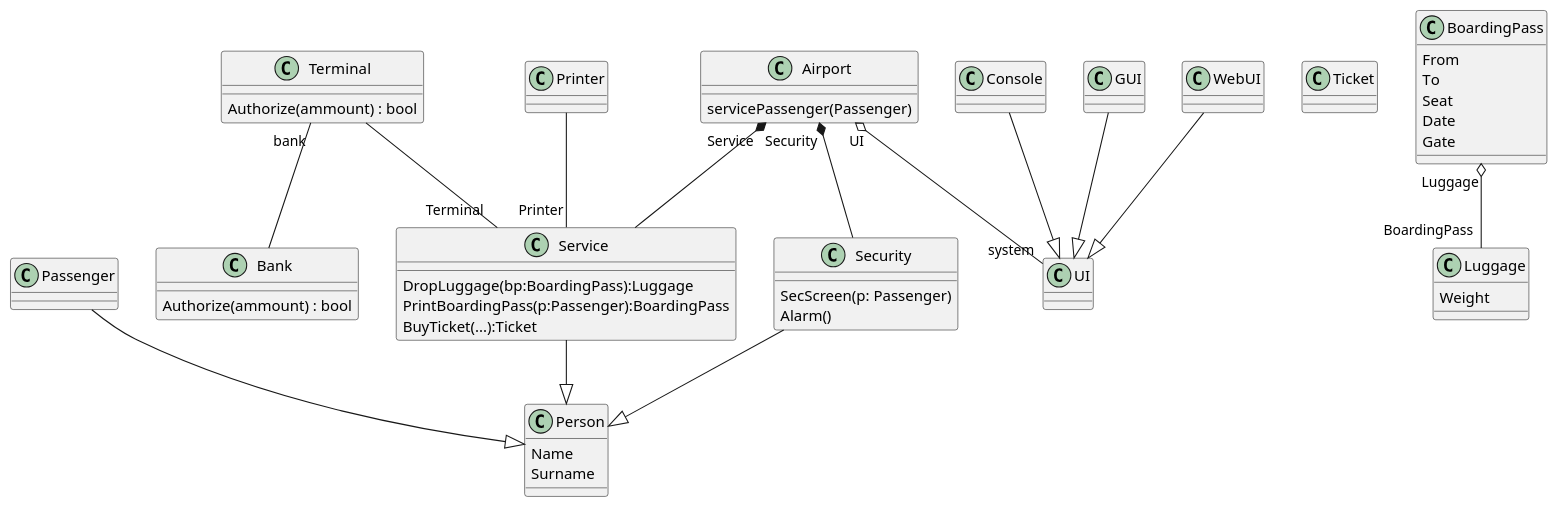
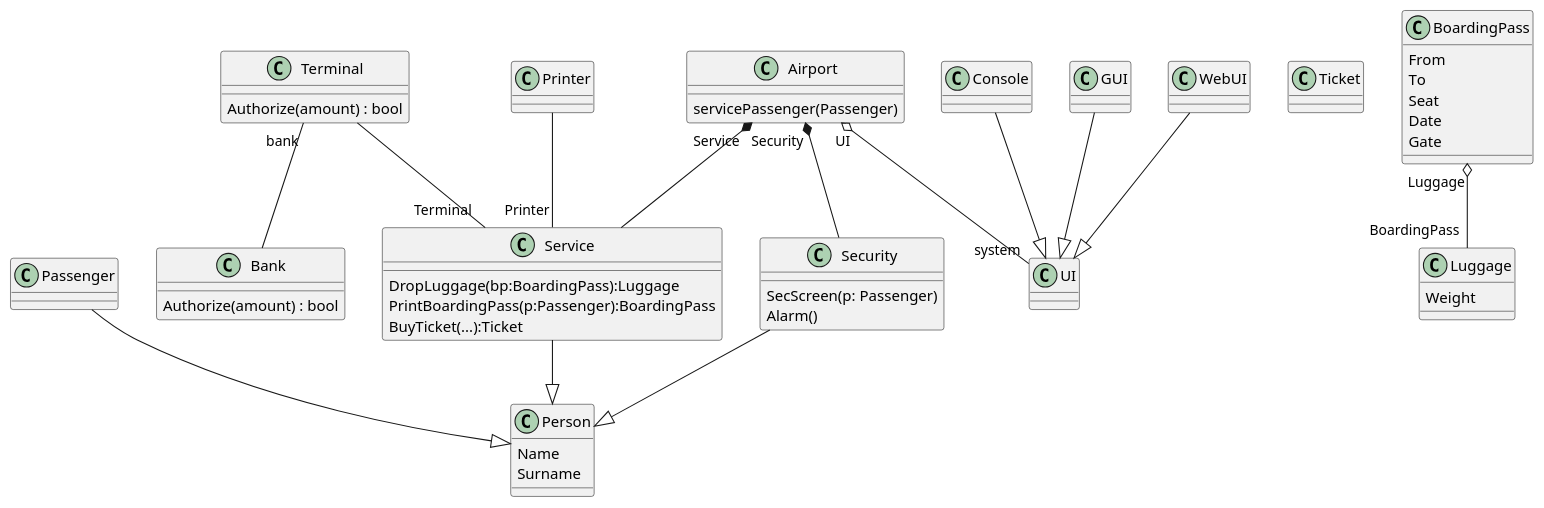
One commit to kpodlaski/ProjektowanieObiektowe2021 changed the diagram in dzienne/airport_class_diagram.plantuml. Above: the diagram before and after it, drawn with PlantUML.

Commit message:
25.10.2021, class diagram, v2

```diff
--- a/dzienne/airport_class_diagram.plantuml
+++ b/dzienne/airport_class_diagram.plantuml
@@ -1,70 +1,70 @@
 class Person{
     Name
     Surname 
 }
 
 class Passenger{
 }
 
 class Service{
     DropLuggage(bp:BoardingPass):Luggage
     PrintBoardingPass(p:Passenger):BoardingPass
     BuyTicket(...):Ticket
 }
 
 class Ticket{}
 
 class Printer{}
 
 class Terminal{
-    Authorize(ammount) : bool
+    Authorize(amount) : bool
 }
 
 class Bank{
-    Authorize(ammount) : bool
+    Authorize(amount) : bool
 }
 
 class Security{
     SecScreen(p: Passenger)
     Alarm()
 }
 
 class BoardingPass{
     From 
     To 
     Seat 
     Date 
     Gate
 }
 
 class Luggage{
     Weight
 }
 
 class Airport{
     servicePassenger(Passenger)
 }
 
 class UI{}
 class Console{}
 class GUI {}
 class WebUI{}
 
 Passenger --|> Person
 Service --|> Person
 Security --|> Person
 
 Terminal -- "Terminal" Service
 Terminal "bank" -- Bank
 Printer -- "Printer" Service
 
 BoardingPass "Luggage" o-- "BoardingPass" Luggage
 
 
 Airport "Service" *-- Service
 Airport "Security" *-- Security
 Airport "UI" o-- "system" UI
 
 GUI --|> UI
 WebUI --|> UI
 Console --|> UI
```
